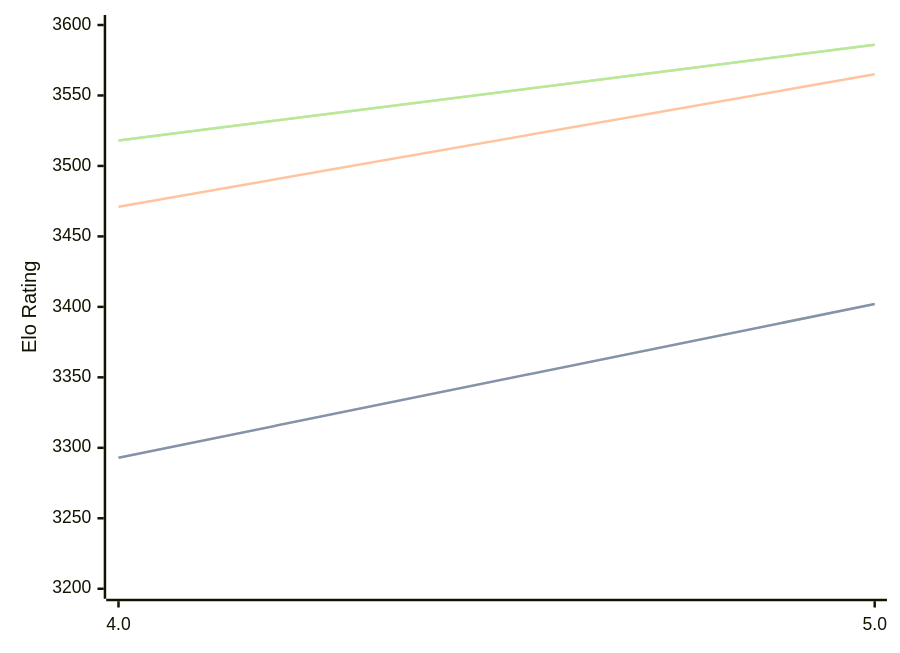
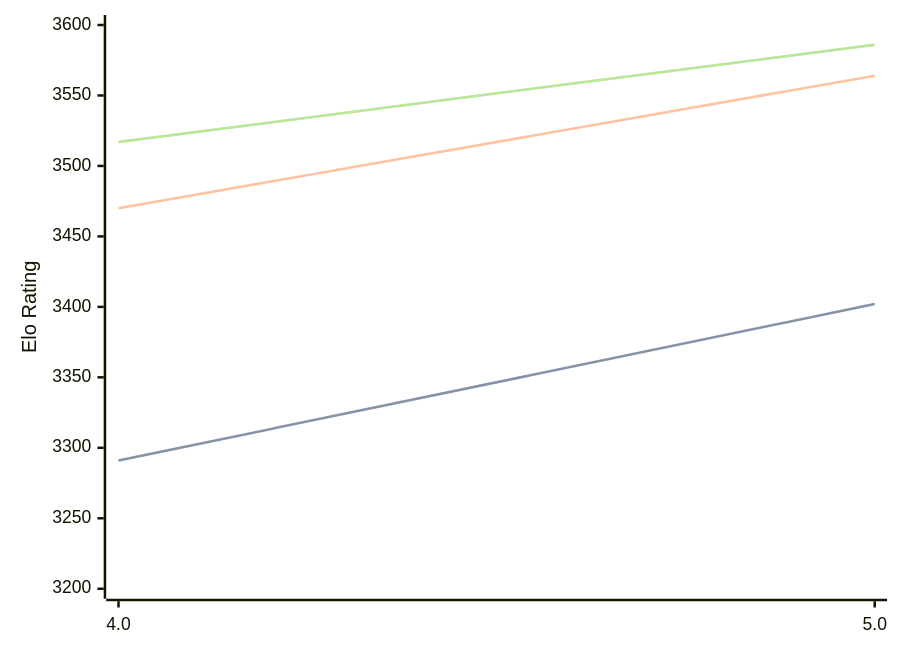
Before and after one commit to computer-chess-index/cci: the diagram in engines/Tarnished.md, drawn with Mermaid. The commit also changed other lines of this file, not shown here.

Commit message:
Update CCI Ratings (ELO VLTC) - 2026-04-20

````diff
--- a/engines/Tarnished.md
+++ b/engines/Tarnished.md
@@ -36,11 +36,11 @@
 ```mermaid
 %%{init: {"theme":"base","themeVariables":{"seriesColors:['#a3a3a3','#222221','#faa371']}}}%%
 xychart-beta
   x-axis ["4.0", "5.0"]
   y-axis "Elo Rating" 3200 --> 3600
-  line "STC (8.0+0.08s)" [3293, 3402]
-  line "STC (8.0+0.08s)" [3293, 3402]
-  line "LTC (60.0+0.60s)" [3471, 3565]
-  line "VLTC (2m24s+1.12s)" [3518, 3586]
-  line "VLTC (2m24s+1.12s)" [3518, 3586]
+  line "STC (8.0+0.08s)" [3291, 3402]
+  line "STC (8.0+0.08s)" [3291, 3402]
+  line "LTC (60.0+0.60s)" [3470, 3564]
+  line "VLTC (2m24s+1.12s)" [3517, 3586]
+  line "VLTC (2m24s+1.12s)" [3517, 3586]
 ```
````
